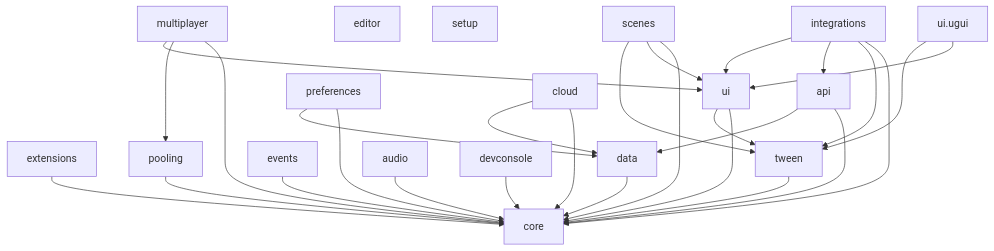
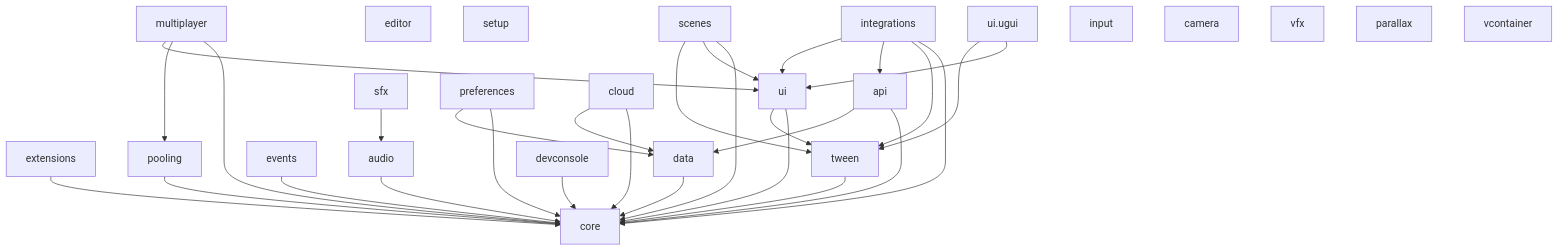
The diagram in README.md (Uee03/Pretzel), drawn with Mermaid before and after one commit. The commit also changed other lines of this file and 889 other files, not shown here.

````diff
--- a/README.md
+++ b/README.md
@@ -12,49 +12,56 @@
 ```mermaid
 graph TD
     core[core]
     extensions[extensions]
     data[data]
     api[api]
     tween[tween]
     ui[ui]
     ugui[ui.ugui]
     editor[editor]
     setup[setup]
     integrations[integrations]
     events[events]
     pooling[pooling]
     scenes[scenes]
     audio[audio]
+    sfx[sfx]
     preferences[preferences]
     devconsole[devconsole]
     cloud[cloud]
     multiplayer[multiplayer]
+    input[input]
+    camera[camera]
+    vfx[vfx]
+    parallax[parallax]
+    vcontainerpkg[vcontainer]
 
     extensions --> core
     data --> core
     api --> core
     api --> data
     tween --> core
     ui --> core
     ui --> tween
     ugui --> ui
     ugui --> tween
     integrations --> core
     integrations --> tween
     integrations --> api
     integrations --> ui
     events --> core
     pooling --> core
     scenes --> core
     scenes --> ui
     scenes --> tween
     audio --> core
+    sfx --> audio
     preferences --> core
     preferences --> data
     devconsole --> core
     cloud --> core
     cloud --> data
     multiplayer --> core
     multiplayer --> pooling
     multiplayer --> ui
 ```
````
